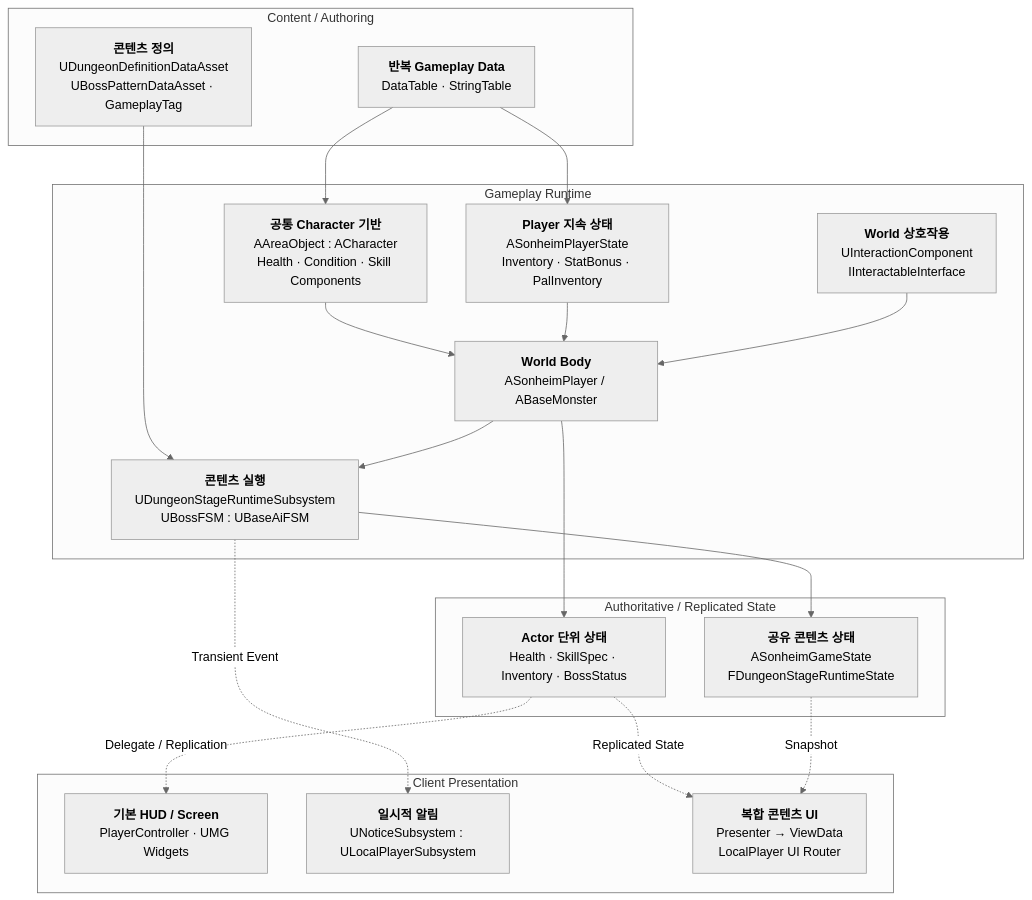
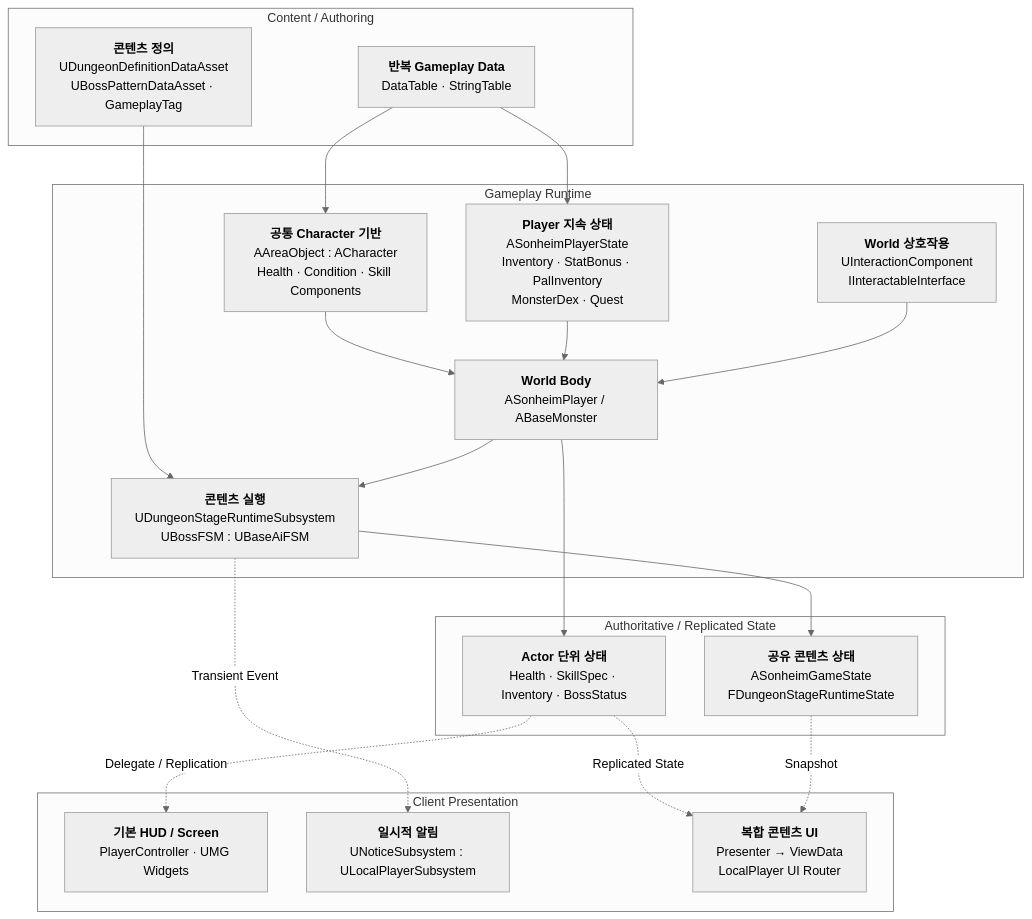
One commit to chungheonLee0325/Sonheim changed the diagram in Doc/Wiki/Home.md. Above: the diagram before and after it, drawn with Mermaid (neutral theme). The commit also changed other lines of this file and 7 other files, not shown here.

Commit message:
docs: separate MonsterDex Quest and UMG v2 into wiki 16-18

```diff
--- a/Doc/Wiki/Home.md
+++ b/Doc/Wiki/Home.md
@@ -19,43 +19,43 @@
 ~~~mermaid
 flowchart TB
     subgraph DATA["Content / Authoring"]
         ROW["<b>반복 Gameplay Data</b><br/>DataTable · StringTable"]
         DEF["<b>콘텐츠 정의</b><br/>UDungeonDefinitionDataAsset<br/>UBossPatternDataAsset · GameplayTag"]
     end
 
     subgraph GAME["Gameplay Runtime"]
         BASE["<b>공통 Character 기반</b><br/>AAreaObject : ACharacter<br/>Health · Condition · Skill Components"]
         BODY["<b>World Body</b><br/>ASonheimPlayer / ABaseMonster"]
-        PSTATE["<b>Player 지속 상태</b><br/>ASonheimPlayerState<br/>Inventory · StatBonus · PalInventory"]
+        PSTATE["<b>Player 지속 상태</b><br/>ASonheimPlayerState<br/>Inventory · StatBonus · PalInventory<br/>MonsterDex · Quest"]
         WORLD["<b>World 상호작용</b><br/>UInteractionComponent<br/>IInteractableInterface"]
         CONTENT["<b>콘텐츠 실행</b><br/>UDungeonStageRuntimeSubsystem<br/>UBossFSM : UBaseAiFSM"]
     end
 
     subgraph STATE["Authoritative / Replicated State"]
         ACTORSTATE["<b>Actor 단위 상태</b><br/>Health · SkillSpec · Inventory · BossStatus"]
         GAMESTATE["<b>공유 콘텐츠 상태</b><br/>ASonheimGameState<br/>FDungeonStageRuntimeState"]
     end
 
     subgraph UI["Client Presentation"]
         HUD["<b>기본 HUD / Screen</b><br/>PlayerController · UMG Widgets"]
         NOTICE["<b>일시적 알림</b><br/>UNoticeSubsystem : ULocalPlayerSubsystem"]
         VIEW["<b>복합 콘텐츠 UI</b><br/>Presenter → ViewData<br/>LocalPlayer UI Router"]
     end
 
     ROW --> BASE
     ROW --> PSTATE
     DEF --> CONTENT
 
     BASE --> BODY
     PSTATE --> BODY
     WORLD --> BODY
     BODY --> CONTENT
 
     BODY --> ACTORSTATE
     CONTENT --> GAMESTATE
 
     ACTORSTATE -. "Delegate / Replication" .-> HUD
     ACTORSTATE -. "Replicated State" .-> VIEW
     GAMESTATE -. "Snapshot" .-> VIEW
     CONTENT -. "Transient Event" .-> NOTICE
 ~~~
```
